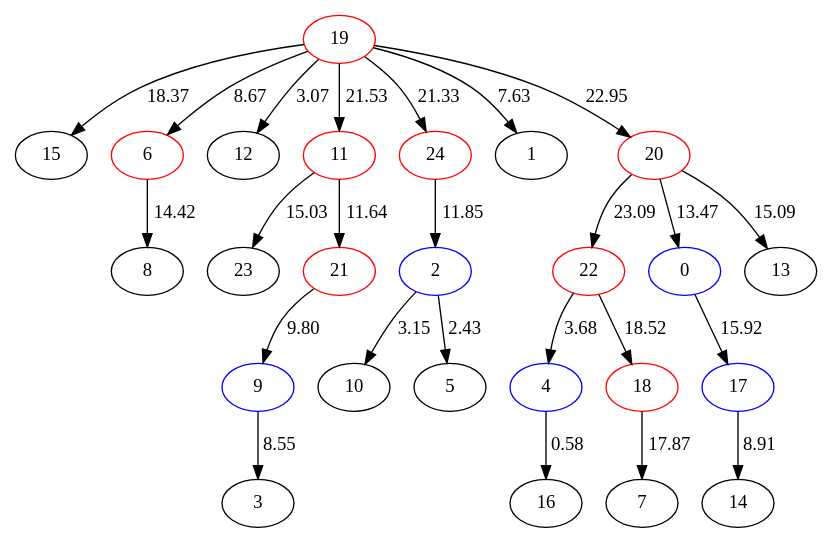
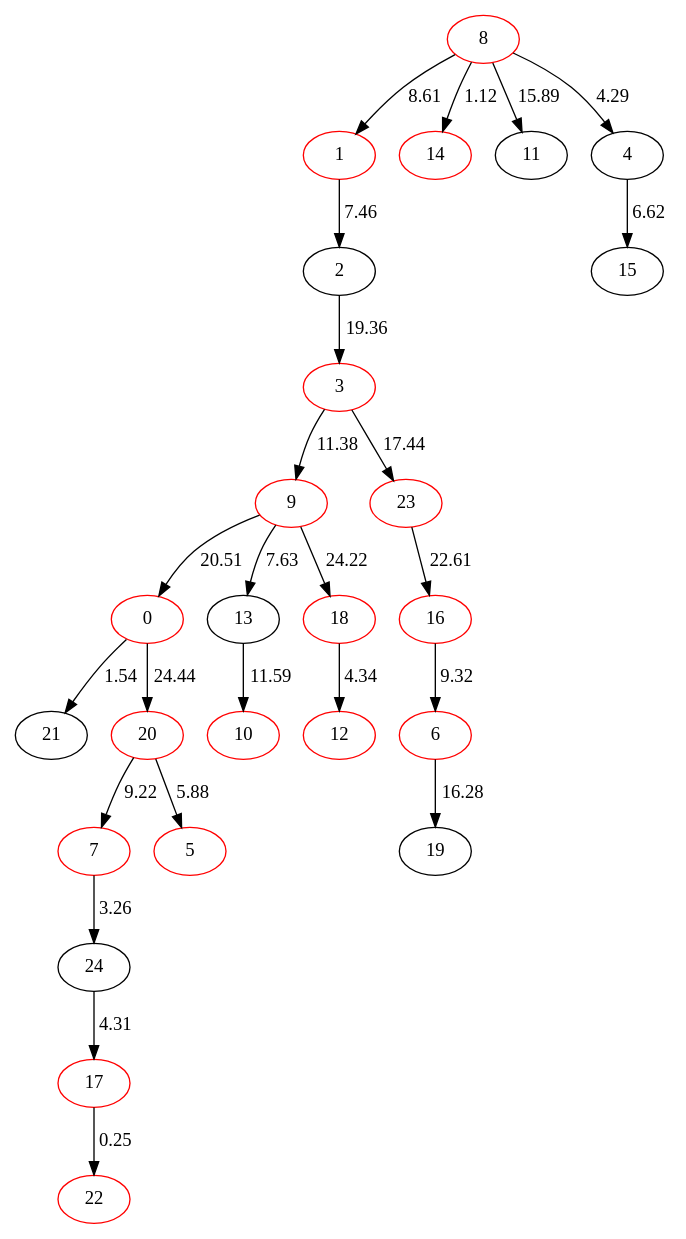
The diagram in example/tree.dot (Aura9111/SteinerBA), drawn with Graphviz before and after one commit. The commit also changed 9 other files, not shown here.

```diff
--- a/example/tree.dot
+++ b/example/tree.dot
@@ -1,50 +1,51 @@
 digraph {
-19[color=red]
-19->15[label=18.37]
-19[color=red]
-19->6[label=8.67]
+8[color=red]
+1[color=red]
+2[color=black]
+3[color=red]
+9[color=red]
+0[color=red]
+21[color=black]
+0->21[label=1.54]
+20[color=red]
+7[color=red]
+24[color=black]
+17[color=red]
+22[color=red]
+17->22[label=0.25]
+24->17[label=4.31]
+7->24[label=3.26]
+20->7[label=9.22]
+5[color=red]
+20->5[label=5.88]
+0->20[label=24.44]
+9->0[label=20.51]
+13[color=black]
+10[color=red]
+13->10[label=11.59]
+9->13[label=7.63]
+18[color=red]
+12[color=red]
+18->12[label=4.34]
+9->18[label=24.22]
+3->9[label=11.38]
+23[color=red]
+16[color=red]
 6[color=red]
-6->8[label=14.42]
-19[color=red]
-19->12[label=3.07]
-19[color=red]
-19->11[label=21.53]
-11[color=red]
-11->23[label=15.03]
-11[color=red]
-11->21[label=11.64]
-21[color=red]
-21->9[label=9.80]
-9[color=blue]
-9->3[label=8.55]
-19[color=red]
-19->24[label=21.33]
-24[color=red]
-24->2[label=11.85]
-2[color=blue]
-2->10[label=3.15]
-2[color=blue]
-2->5[label=2.43]
-19[color=red]
-19->1[label=7.63]
-19[color=red]
-19->20[label=22.95]
-20[color=red]
-20->22[label=23.09]
-22[color=red]
-22->4[label=3.68]
-4[color=blue]
-4->16[label=0.58]
-22[color=red]
-22->18[label=18.52]
-18[color=red]
-18->7[label=17.87]
-20[color=red]
-20->0[label=13.47]
-0[color=blue]
-0->17[label=15.92]
-17[color=blue]
-17->14[label=8.91]
-20[color=red]
-20->13[label=15.09]
+19[color=black]
+6->19[label=16.28]
+16->6[label=9.32]
+23->16[label=22.61]
+3->23[label=17.44]
+2->3[label=19.36]
+1->2[label=7.46]
+8->1[label=8.61]
+14[color=red]
+8->14[label=1.12]
+11[color=black]
+8->11[label=15.89]
+4[color=black]
+15[color=black]
+4->15[label=6.62]
+8->4[label=4.29]
 }
```
